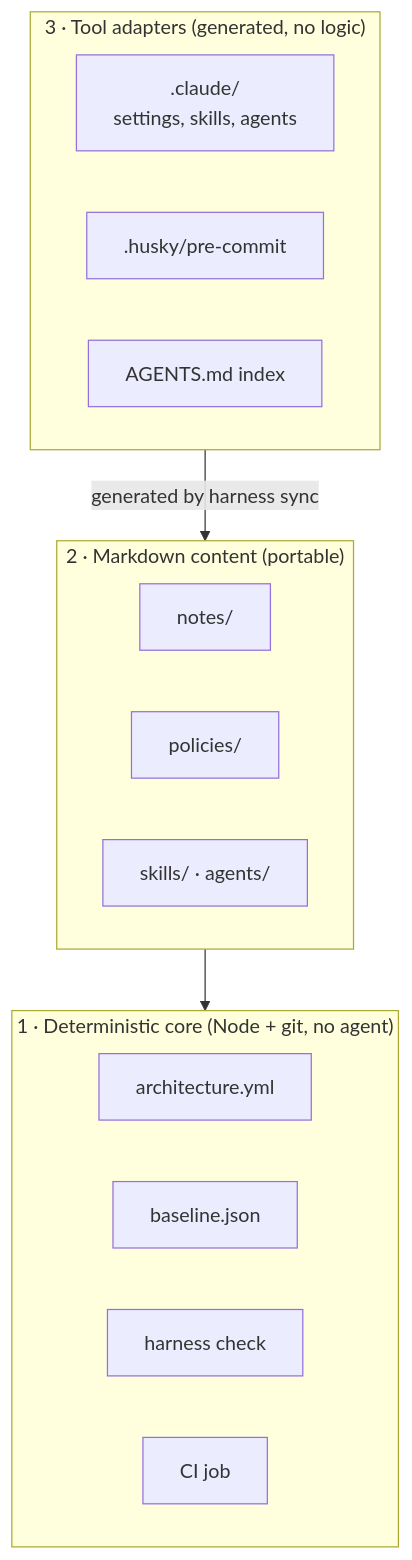
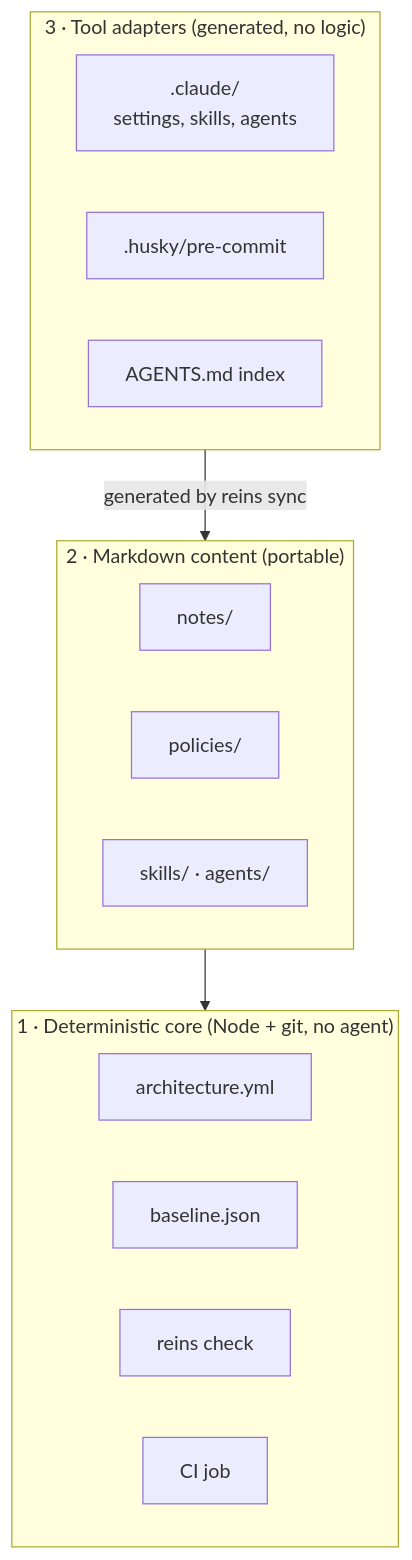
The first of 15 diagrams in README.md (fredarcito/reins), drawn with Mermaid before and after one commit. The commit also changed other lines of this file and 186 other files, not shown here.

````diff
--- a/README.md
+++ b/README.md
@@ -87,24 +87,24 @@
 ```mermaid
 flowchart TB
     subgraph L3["3 · Tool adapters (generated, no logic)"]
         direction LR
         claude[".claude/<br/>settings, skills, agents"]
         husky[".husky/pre-commit"]
         agentsmd["AGENTS.md index"]
     end
     subgraph L2["2 · Markdown content (portable)"]
         direction LR
         notes["notes/"]
         policies["policies/"]
         skills["skills/ · agents/"]
     end
     subgraph L1["1 · Deterministic core (Node + git, no agent)"]
         direction LR
         arch["architecture.yml"]
         base["baseline.json"]
-        check["harness check"]
+        check["reins check"]
         ci["CI job"]
     end
-    L3 -- "generated by harness sync" --> L2
+    L3 -- "generated by reins sync" --> L2
     L2 --> L1
 ```
````
